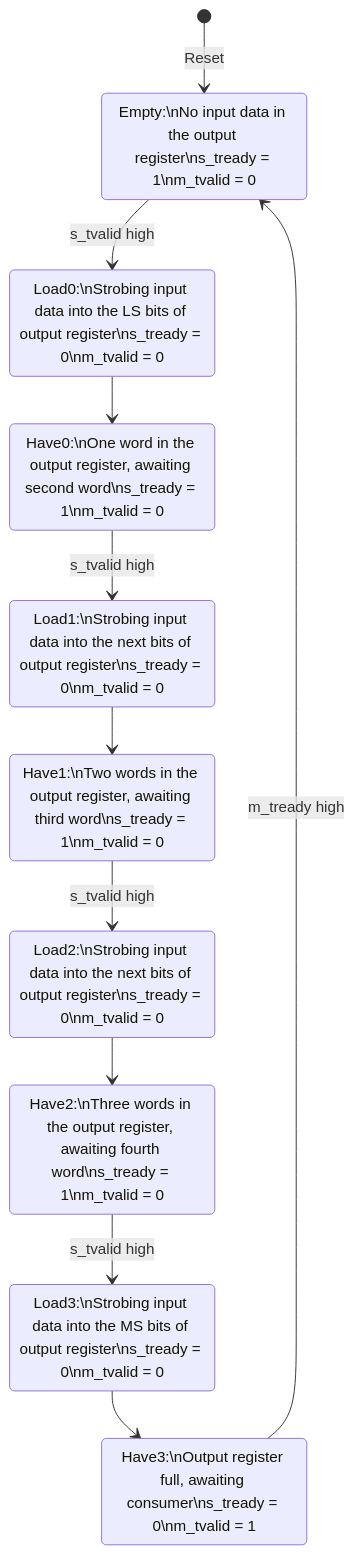
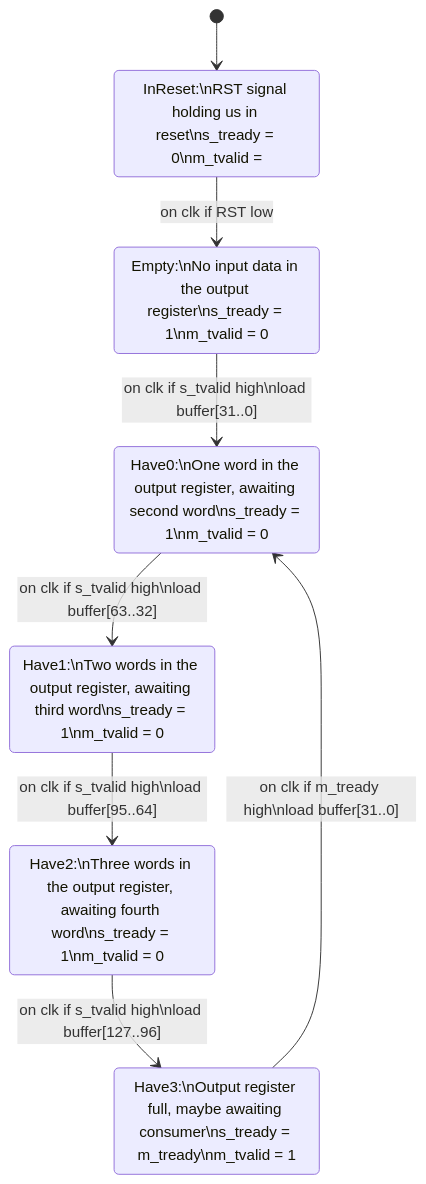
The diagram in embiggener_states.md (Abraxas3d/fpga_cores), drawn with Mermaid before and after one commit.

Commit message:
Update state diagram to match code

````diff
--- a/embiggener_states.md
+++ b/embiggener_states.md
@@ -5,24 +5,18 @@
 ```mermaid
 stateDiagram-v2
+state "InReset:\nRST signal holding us in reset\ns_tready = 0\nm_tvalid =" as inreset
 state "Empty:\nNo input data in the output register\ns_tready = 1\nm_tvalid = 0" as empty
-state "Load0:\nStrobing input data into the LS bits of output register\ns_tready = 0\nm_tvalid = 0" as load0
 state "Have0:\nOne word in the output register, awaiting second word\ns_tready = 1\nm_tvalid = 0" as have0
-state "Load1:\nStrobing input data into the next bits of output register\ns_tready = 0\nm_tvalid = 0" as load1
 state "Have1:\nTwo words in the output register, awaiting third word\ns_tready = 1\nm_tvalid = 0" as have1
-state "Load2:\nStrobing input data into the next bits of output register\ns_tready = 0\nm_tvalid = 0" as load2
 state "Have2:\nThree words in the output register, awaiting fourth word\ns_tready = 1\nm_tvalid = 0" as have2
-state "Load3:\nStrobing input data into the MS bits of output register\ns_tready = 0\nm_tvalid = 0" as load3
-state "Have3:\nOutput register full, awaiting consumer\ns_tready = 0\nm_tvalid = 1" as have3
+state "Have3:\nOutput register full, maybe awaiting consumer\ns_tready = m_tready\nm_tvalid = 1" as have3
 
-[*] --> empty: Reset
-empty --> load0: s_tvalid high
-load0 --> have0
-have0 --> load1: s_tvalid high
-load1 --> have1
-have1 --> load2: s_tvalid high
-load2 --> have2
-have2 --> load3: s_tvalid high
-load3 --> have3
-have3 --> empty: m_tready high
+[*] --> inreset
+inreset --> empty: on clk if RST low
+empty --> have0: on clk if s_tvalid high\nload buffer[31..0]
+have0 --> have1: on clk if s_tvalid high\nload buffer[63..32]
+have1 --> have2: on clk if s_tvalid high\nload buffer[95..64]
+have2 --> have3: on clk if s_tvalid high\nload buffer[127..96]
+have3 --> have0: on clk if m_tready high\nload buffer[31..0]
 
 ```
````
